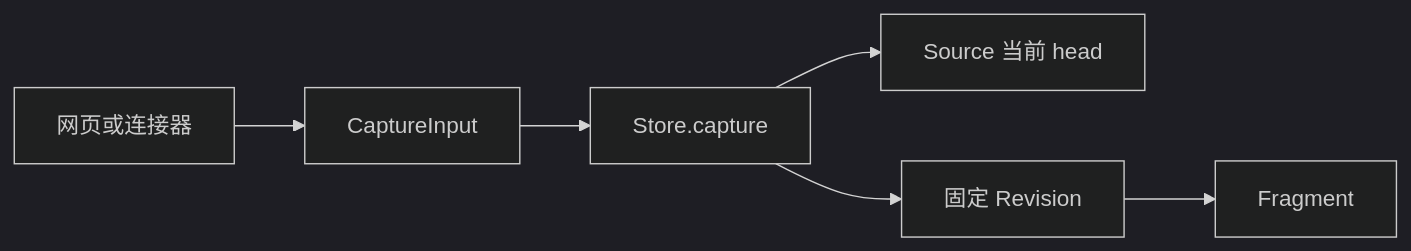
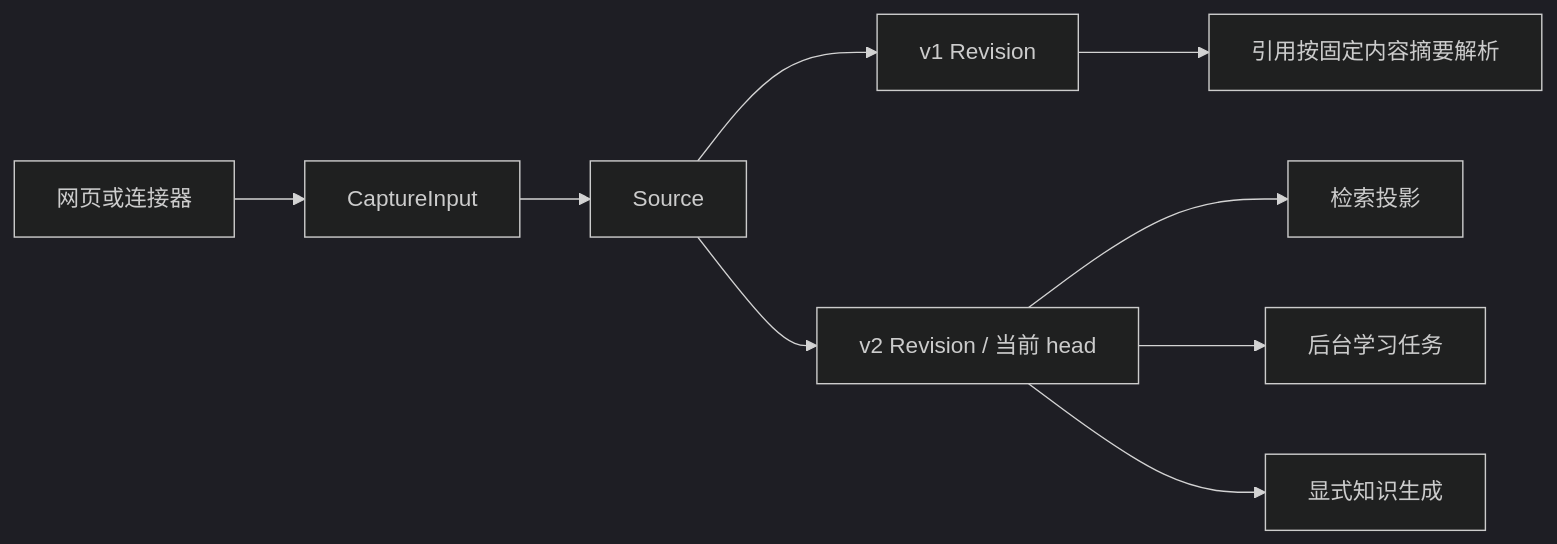
Before and after one commit to lejunyang/omem: the diagram in .repo-review/knowledge/articles/08e8de8e7788195db049c6fb0184ebc7888d9ec16a991ed19523deb074181035.md, drawn with Mermaid (dark theme). The commit also changed other lines of this file and 9 other files, not shown here.

````diff
--- a/.repo-review/knowledge/articles/08e8de8e7788195db049c6fb0184ebc7888d9ec16a991ed19523deb074181035.md
+++ b/.repo-review/knowledge/articles/08e8de8e7788195db049c6fb0184ebc7888d9ec16a991ed19523deb074181035.md
@@ -33,8 +22,11 @@
-~~~mermaid
+```mermaid
 flowchart LR
   A[网页或连接器] --> B[CaptureInput]
-  B --> C[Store.capture]
-  C --> D[Source 当前 head]
-  C --> E[固定 Revision]
-  E --> F[Fragment]
-~~~
+  B --> C[Source]
+  C --> D[v1 Revision]
+  C --> E[v2 Revision / 当前 head]
+  E --> F[检索投影]
+  E --> G[后台学习任务]
+  E --> H[显式知识生成]
+  D --> I[引用按固定内容摘要解析]
+```
````
